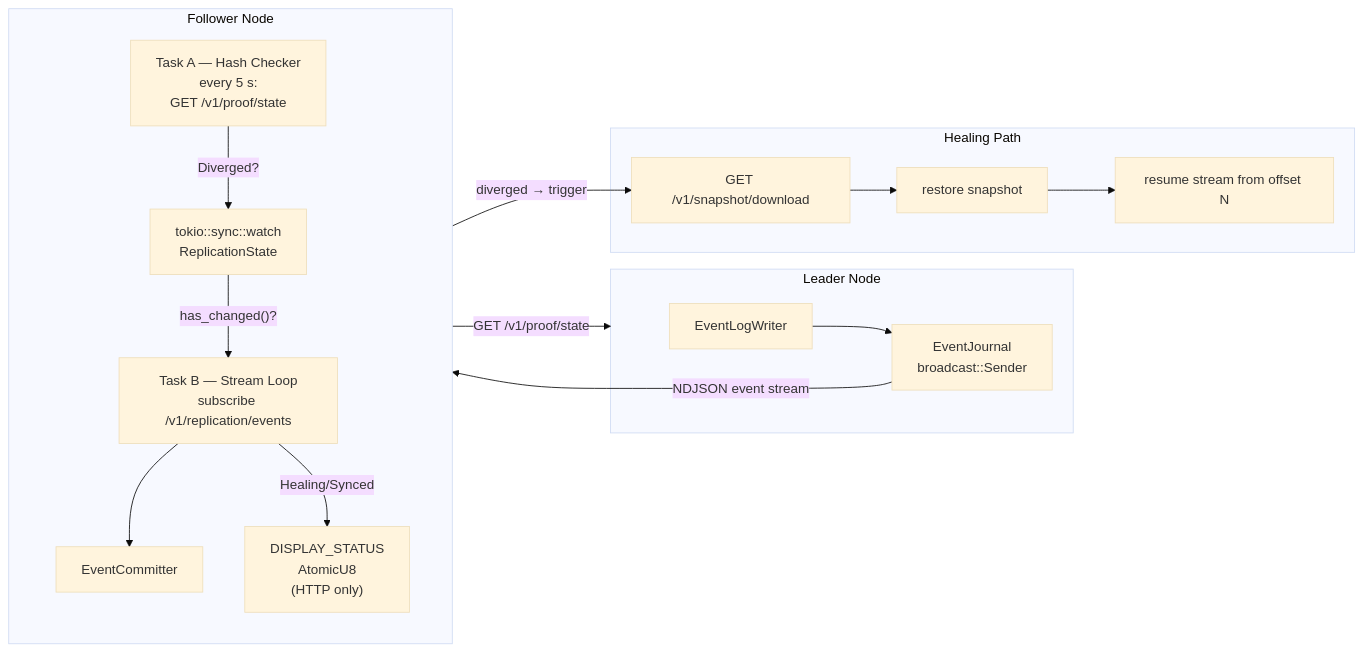
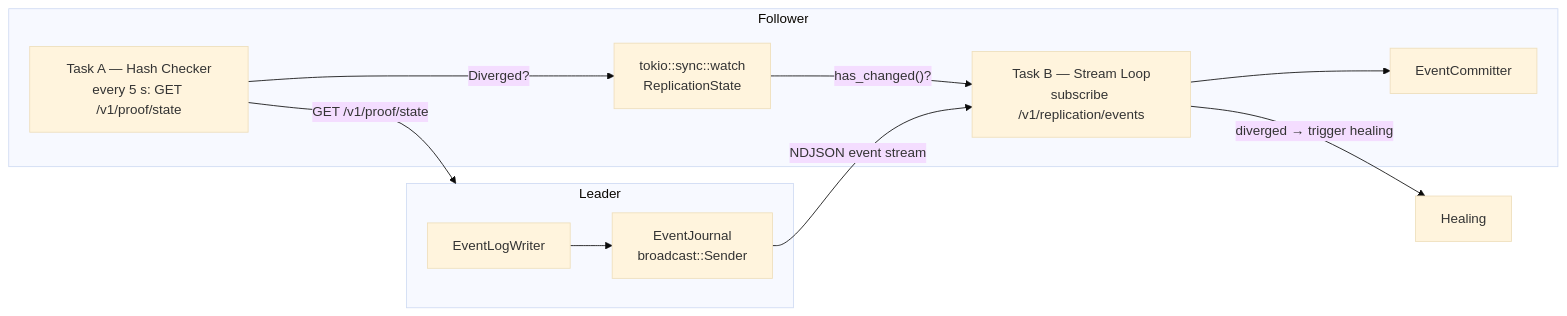
One commit to varshith-Git/Valori-Kernel changed the sixth of 7 diagrams in architecture.md. Above: the diagram before and after it, drawn with Mermaid (base theme). The commit also changed other lines of this file and 29 other files, not shown here.

First line of the commit message:
refactor(node): Phases R1-R3 — dual-path unification via shared routes/ module

````diff
--- a/architecture.md
+++ b/architecture.md
@@ -900,33 +1068,23 @@
 ```mermaid
 flowchart LR
-    subgraph Leader["Leader Node"]
+    subgraph Leader
         LE[EventLogWriter]
         EJ2[EventJournal<br/>broadcast::Sender]
         LE --> EJ2
     end
 
-    subgraph Follower["Follower Node"]
-        direction TB
-        TA["Task A — Hash Checker<br/>every 5 s:<br/>GET /v1/proof/state"]
+    subgraph Follower
+        TA["Task A — Hash Checker<br/>every 5 s: GET /v1/proof/state"]
         TB2["Task B — Stream Loop<br/>subscribe /v1/replication/events"]
         WC["tokio::sync::watch<br/>ReplicationState"]
         FEC[EventCommitter]
-        DS["DISPLAY_STATUS<br/>AtomicU8<br/>(HTTP only)"]
 
         TA -- "Diverged?" --> WC
         WC -- "has_changed()?" --> TB2
         TB2 --> FEC
-        TB2 -- "Healing/Synced" --> DS
-    end
-
-    subgraph Healing["Healing Path"]
-        DL["GET /v1/snapshot/download"]
-        RP2["restore snapshot"]
-        RS["resume stream from offset N"]
-        DL --> RP2 --> RS
     end
 
     EJ2 -- "NDJSON event stream" --> TB2
     TA -- "GET /v1/proof/state" --> Leader
-    TB2 -- "diverged → trigger" --> DL
+    TB2 -- "diverged → trigger healing" --> Healing
 ```
````
